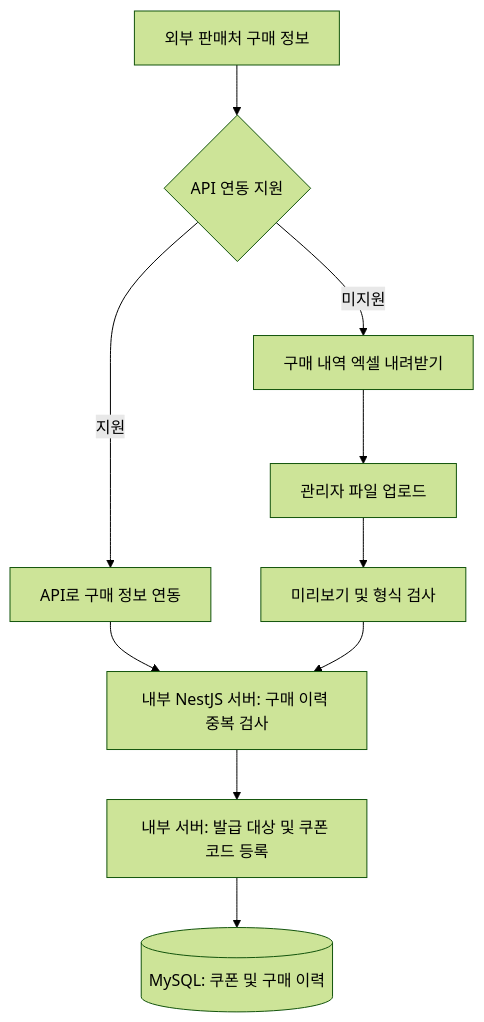
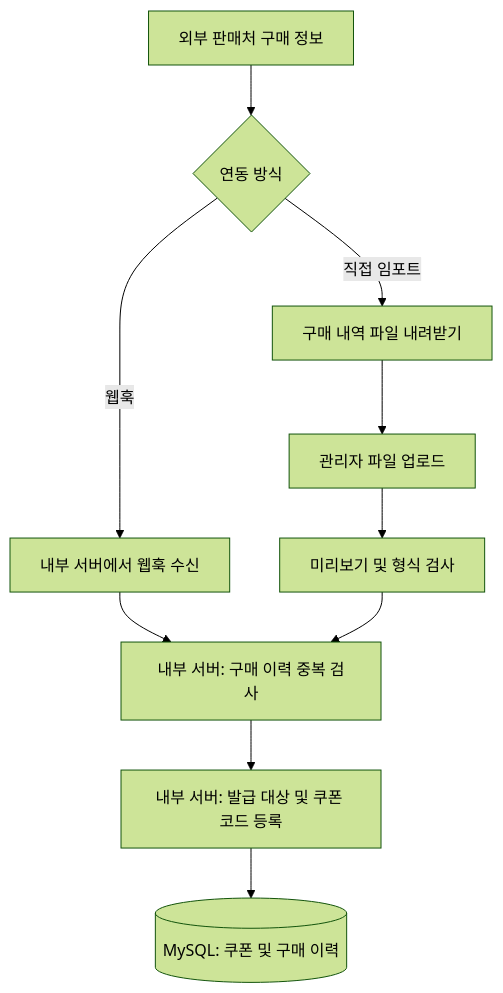
The second of 4 diagrams in projects/education-services/promotion.md (KimHG1995/work-history), drawn with Mermaid (forest theme) before and after one commit. The commit also changed other lines of this file, not shown here.

Commit message:
docs: correct partner purchase intake to webhook or file import

````diff
--- a/projects/education-services/promotion.md
+++ b/projects/education-services/promotion.md
@@ -103,12 +103,12 @@
 ```mermaid
 flowchart TB
-    partner["외부 판매처 구매 정보"] --> method{"API 연동 지원"}
-    method -->|지원| api["API로 구매 정보 연동"]
-    method -->|미지원| export["구매 내역 엑셀 내려받기"]
+    partner["외부 판매처 구매 정보"] --> method{"연동 방식"}
+    method -->|웹훅| webhook["내부 서버에서 웹훅 수신"]
+    method -->|직접 임포트| export["구매 내역 파일 내려받기"]
     export --> upload["관리자 파일 업로드"]
     upload --> preview["미리보기 및 형식 검사"]
-    api --> validate["내부 NestJS 서버: 구매 이력 중복 검사"]
+    webhook --> validate["내부 서버: 구매 이력 중복 검사"]
     preview --> validate
     validate --> register["내부 서버: 발급 대상 및 쿠폰 코드 등록"]
     register --> db[("MySQL: 쿠폰 및 구매 이력")]
 ```
````
